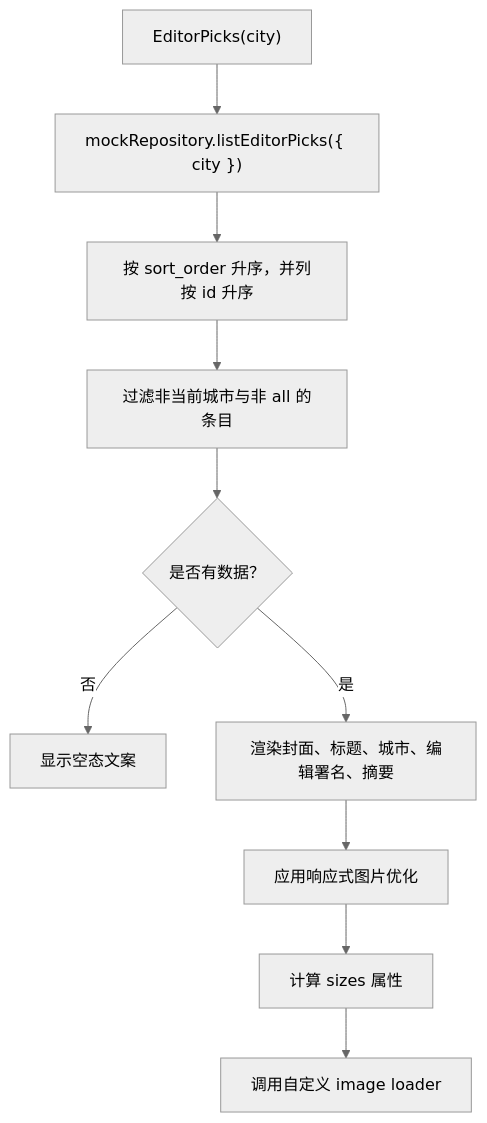
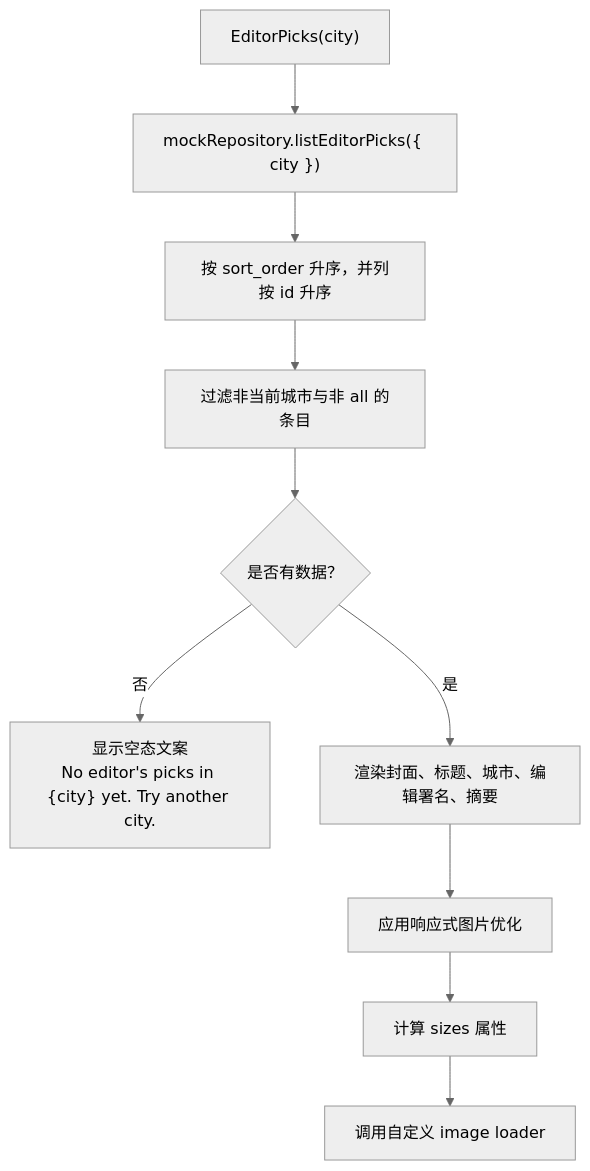
The tenth of 13 diagrams in .qoder/repowiki/zh/content/规格驱动开发/WanderChain 首页规格文档/WanderChain 首页规格文档.md (luyitiger6/my-first-project), drawn with Mermaid (neutral theme) before and after one commit. The commit also changed other lines of this file and 33 other files, not shown here.

````diff
--- a/.qoder/repowiki/zh/content/规格驱动开发/WanderChain 首页规格文档/WanderChain 首页规格文档.md
+++ b/.qoder/repowiki/zh/content/规格驱动开发/WanderChain 首页规格文档/WanderChain 首页规格文档.md
@@ -450,12 +414,12 @@
 ```mermaid
 flowchart TD
 Start["EditorPicks(city)"] --> Fetch["mockRepository.listEditorPicks({ city })"]
 Fetch --> Sort["按 sort_order 升序，并列按 id 升序"]
 Sort --> Filter["过滤非当前城市与非 all 的条目"]
 Filter --> Empty{"是否有数据？"}
-Empty --> |否| ShowEmpty["显示空态文案"]
+Empty --> |否| ShowEmpty["显示空态文案<br/>No editor's picks in {city} yet. Try another city."]
 Empty --> |是| RenderCards["渲染封面、标题、城市、编辑署名、摘要"]
 RenderCards --> ImageOpt["应用响应式图片优化"]
 ImageOpt --> Sizes["计算 sizes 属性"]
 Sizes --> Loader["调用自定义 image loader"]
 ```
````
